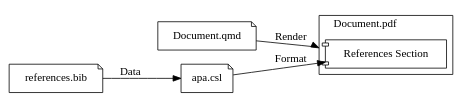
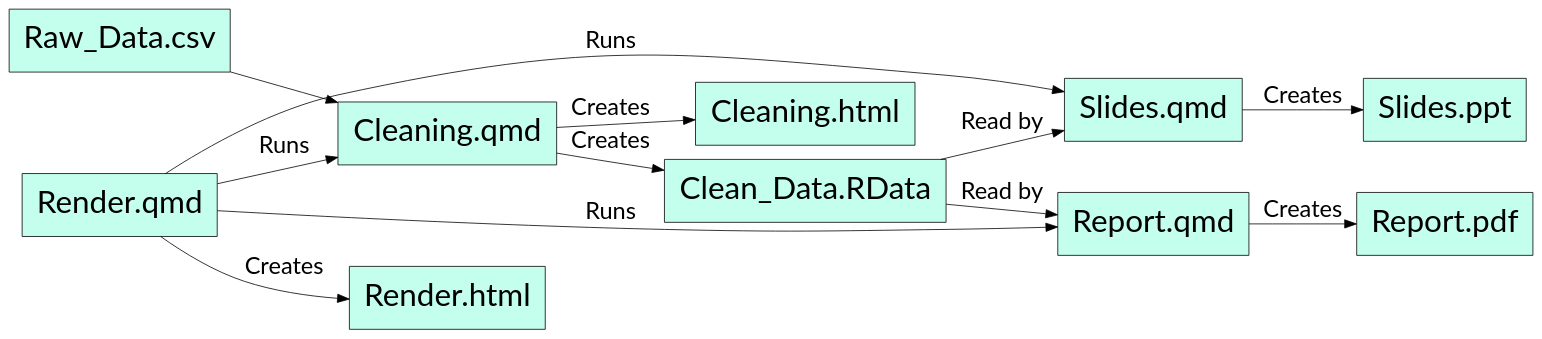
One commit to sjpierce/Pierce.AARUG2024 changed the sixth of 6 diagrams in Slides.qmd. Above: the diagram before and after it, drawn with Graphviz. The commit also changed other lines of this file and 1 other file, not shown here.

Commit message:
Update slides from AEA 2024 presentation content.

````diff
--- a/Slides.qmd
+++ b/Slides.qmd
@@ -778,21 +822,38 @@
 ```{dot}
-digraph G {
+//| fig-width: 10
+//| fig-height: 5
+digraph Flow {
 rankdir="LR";
 compound=true;
 
-node [shape = "note"]
-Quarto [label = "Document.qmd"]
-BibTeX [label = "references.bib"]
-CSL [label = "apa.csl"]
+node [shape = "box", style= "filled", fontname="Lato", fontsize="40pt", 
+      fillcolor = "#C3FFEC", margin = .25]
+RenderS [label = "Render.qmd"]
+RenderO [label = "Render.html"]
+CDS [label = "Cleaning.qmd"]
+CDO [label = "Cleaning.html"]
+RData [label = "Raw_Data.csv"]
+CData [label = "Clean_Data.RData"]
+ReportS [label = "Report.qmd"]
+ReportO [label = "Report.pdf"]
+SlidesS [label = "Slides.qmd"]
+SlidesO [label = "Slides.ppt"]
 
-subgraph cluster_1 {
-  label = "Document.pdf";
-  labeljust=l;
-  Refs [shape = "component", label = "References Section"]
-}
+edge [fontname="Lato", fontsize="30pt", arrowsize = 1.5]
+RenderS -> RenderO [label = "Creates"]
+RenderS -> CDS [label = "Runs"]
+RData -> CDS [Label = "Read by"]
+CDS -> CDO [label = "Creates"]
+CDS -> CData [label = "Creates"]
+CData -> ReportS [label = "Read by"] 
+CData -> SlidesS [label = "Read by"] 
+RenderS -> ReportS [label = "Runs"]
+ReportS -> ReportO [label = "Creates"] 
+RenderS -> SlidesS [label = "Runs"]
+SlidesS -> SlidesO [label = "Creates"] 
 
-Quarto -> Refs [label = "Render", lhead = "cluster_1"] 
-BibTeX -> CSL [label = "Data"]
-CSL -> Refs [label = "Format"] 
+//{rank = same; RData; CDS; }
+{rank = same; ReportS; SlidesS;}
+//{rank = same; RenderO; IDO; Report1O; Report2O;}
 }
 ```
````
